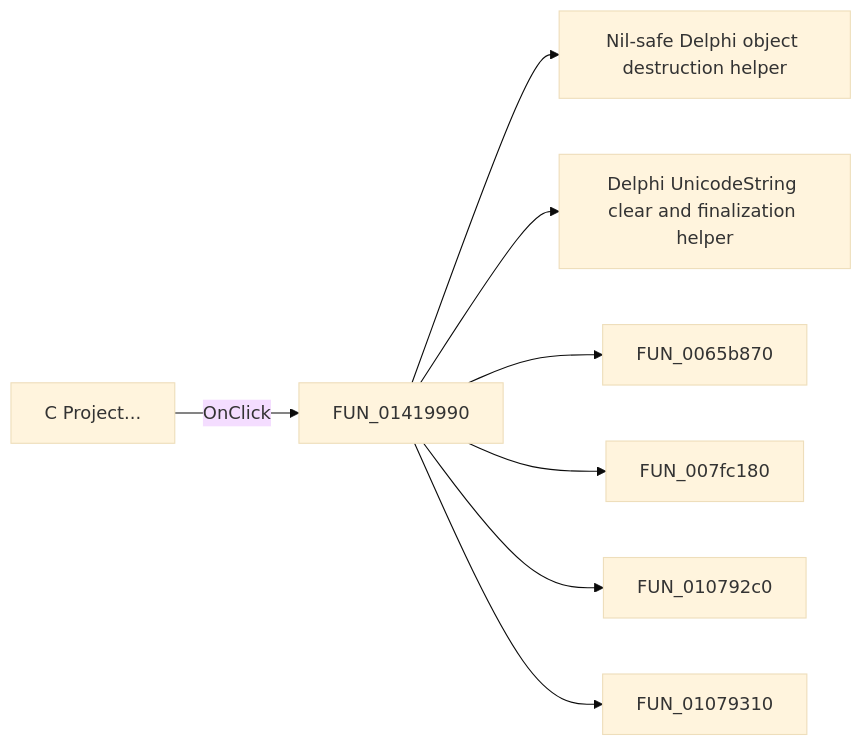
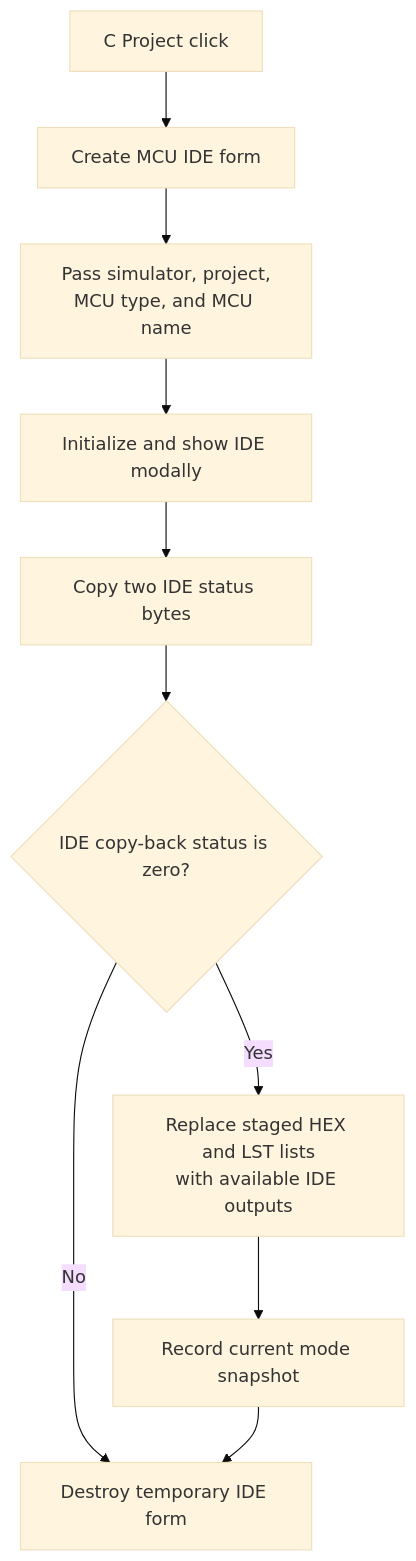
The diagram in docs/ui-controls/mcuasmselector/bmakeccode-493c768b1f.md (MovGP0/TIARA), drawn with Mermaid (base theme) before and after one commit. The commit also changed other lines of this file and 1062 other files, not shown here.

````diff
--- a/docs/ui-controls/mcuasmselector/bmakeccode-493c768b1f.md
+++ b/docs/ui-controls/mcuasmselector/bmakeccode-493c768b1f.md
@@ -27,10 +36,12 @@
 ```mermaid
-flowchart LR
-    control["C Project..."] -->|OnClick| handler["FUN_01419990"]
-    handler --> call1["Nil-safe Delphi object destruction helper"]
-    handler --> call2["Delphi UnicodeString clear and finalization helper"]
-    handler --> call3["FUN_0065b870"]
-    handler --> call4["FUN_007fc180"]
-    handler --> call5["FUN_010792c0"]
-    handler --> call6["FUN_01079310"]
+flowchart TD
+    Control["C Project click"] --> Create["Create MCU IDE form"]
+    Create --> Setup["Pass simulator, project,<br/>MCU type, and MCU name"]
+    Setup --> Show["Initialize and show IDE modally"]
+    Show --> Status["Copy two IDE status bytes"]
+    Status --> Apply{"IDE copy-back status is zero?"}
+    Apply -->|No| Cleanup["Destroy temporary IDE form"]
+    Apply -->|Yes| Lists["Replace staged HEX and LST lists<br/>with available IDE outputs"]
+    Lists --> Snapshot["Record current mode snapshot"]
+    Snapshot --> Cleanup
 ```
````
